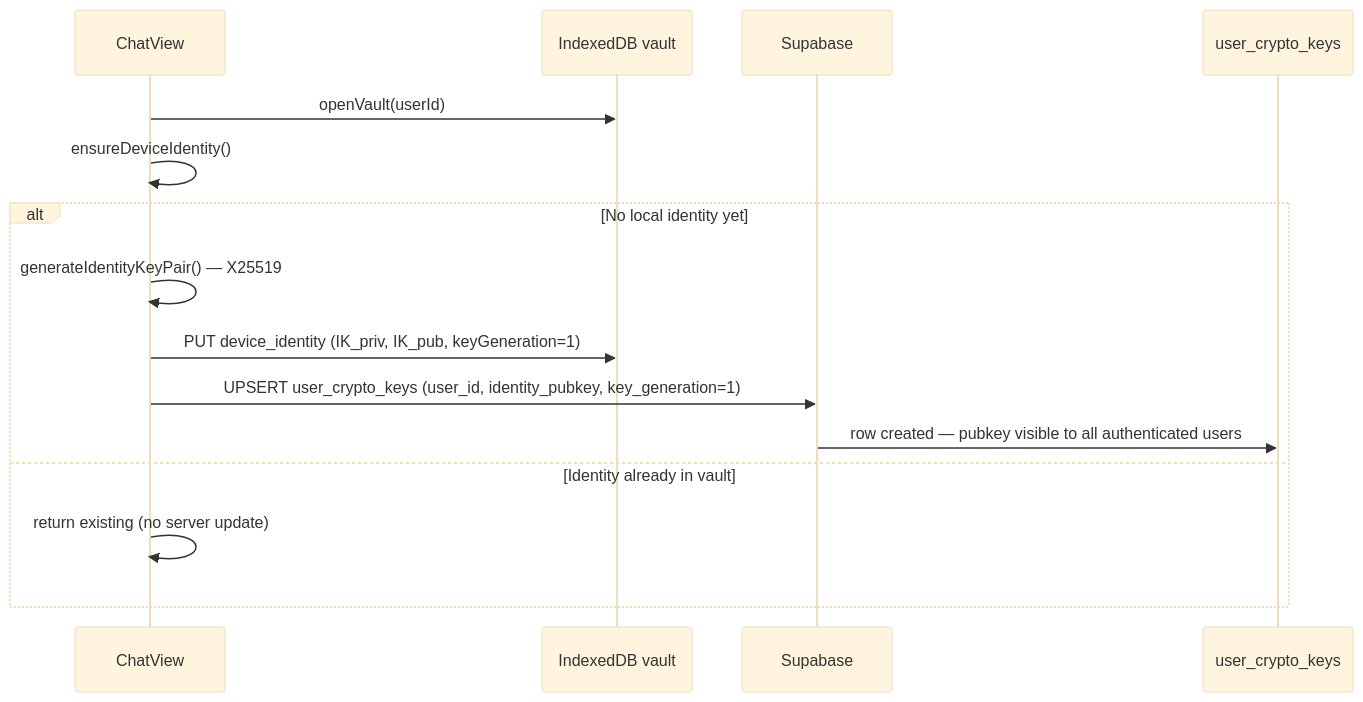
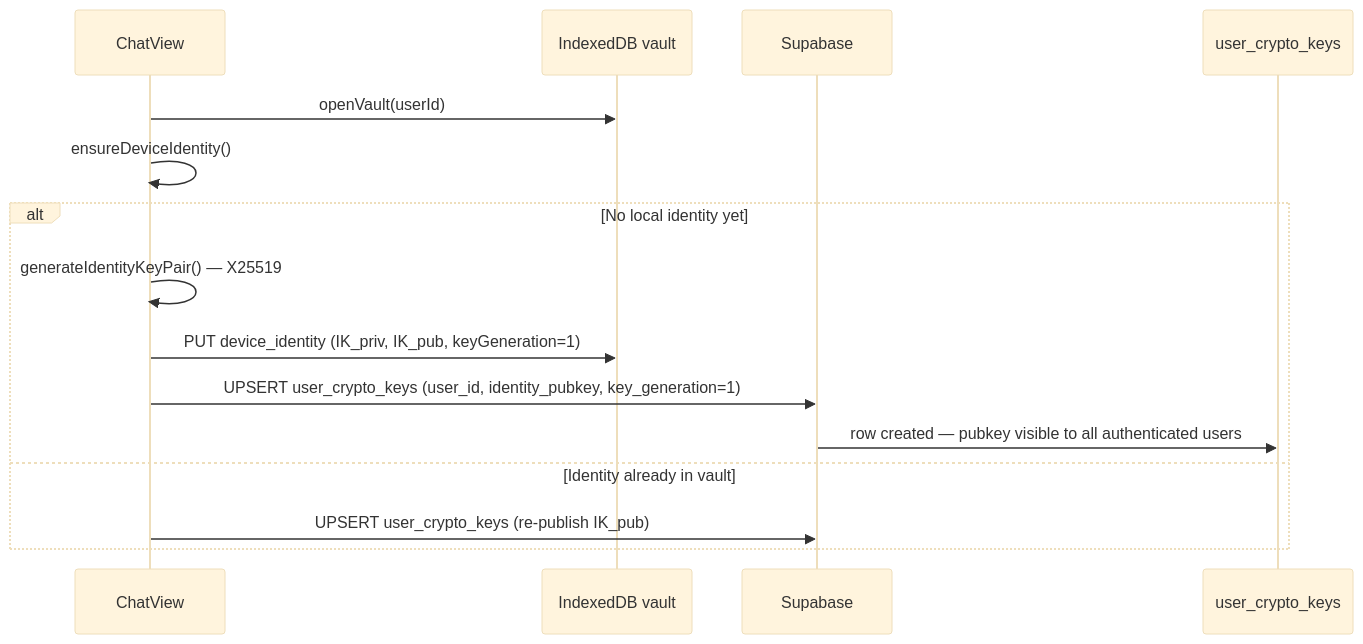
One commit to mustafafoisol/CallingApp changed the third of 7 diagrams in architecture/feature-tests/chat/e2ee-friend-to-message-journey.md. Above: the diagram before and after it, drawn with Mermaid (base theme). The commit also changed other lines of this file, not shown here.

````diff
--- a/architecture/feature-tests/chat/e2ee-friend-to-message-journey.md
+++ b/architecture/feature-tests/chat/e2ee-friend-to-message-journey.md
@@ -125,18 +125,18 @@
 ```mermaid
 sequenceDiagram
   participant CV as ChatView
   participant V as IndexedDB vault
   participant S as Supabase
   participant DB as user_crypto_keys
 
   CV->>V: openVault(userId)
   CV->>CV: ensureDeviceIdentity()
   alt No local identity yet
     CV->>CV: generateIdentityKeyPair() — X25519
     CV->>V: PUT device_identity (IK_priv, IK_pub, keyGeneration=1)
     CV->>S: UPSERT user_crypto_keys (user_id, identity_pubkey, key_generation=1)
     S->>DB: row created — pubkey visible to all authenticated users
   else Identity already in vault
-    CV->>CV: return existing (no server update)
+    CV->>S: UPSERT user_crypto_keys (re-publish IK_pub)
   end
 ```
````
